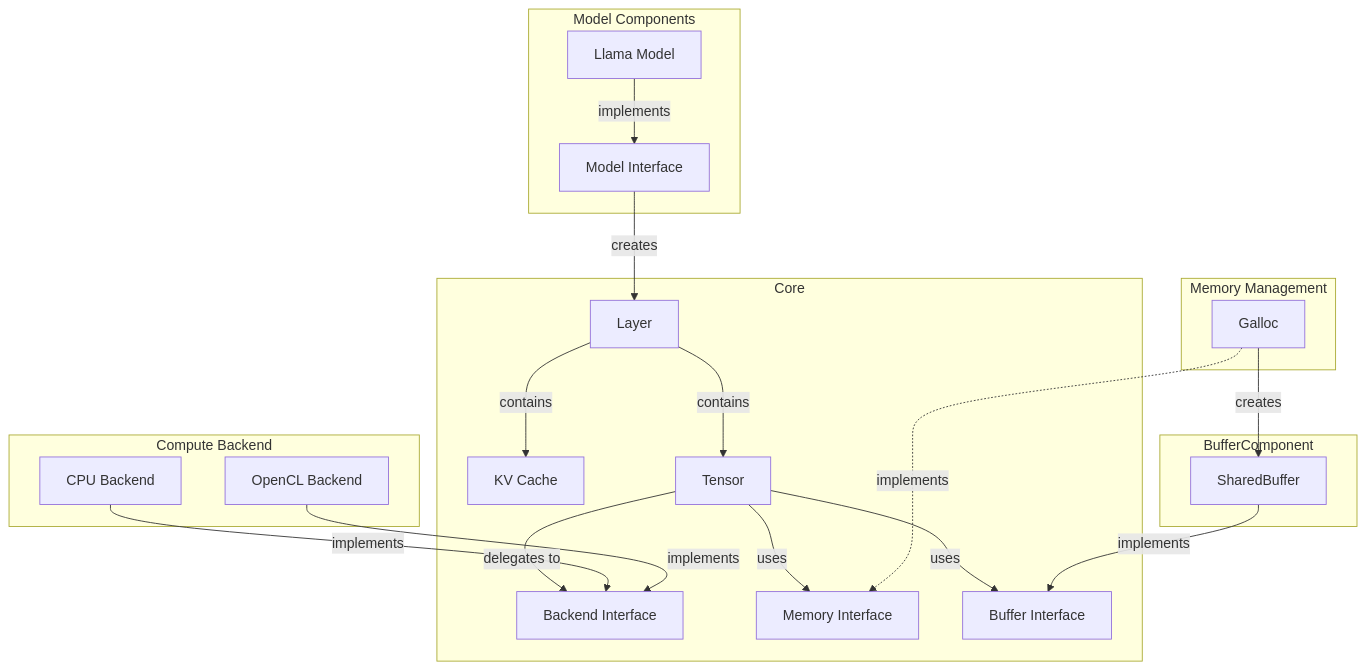
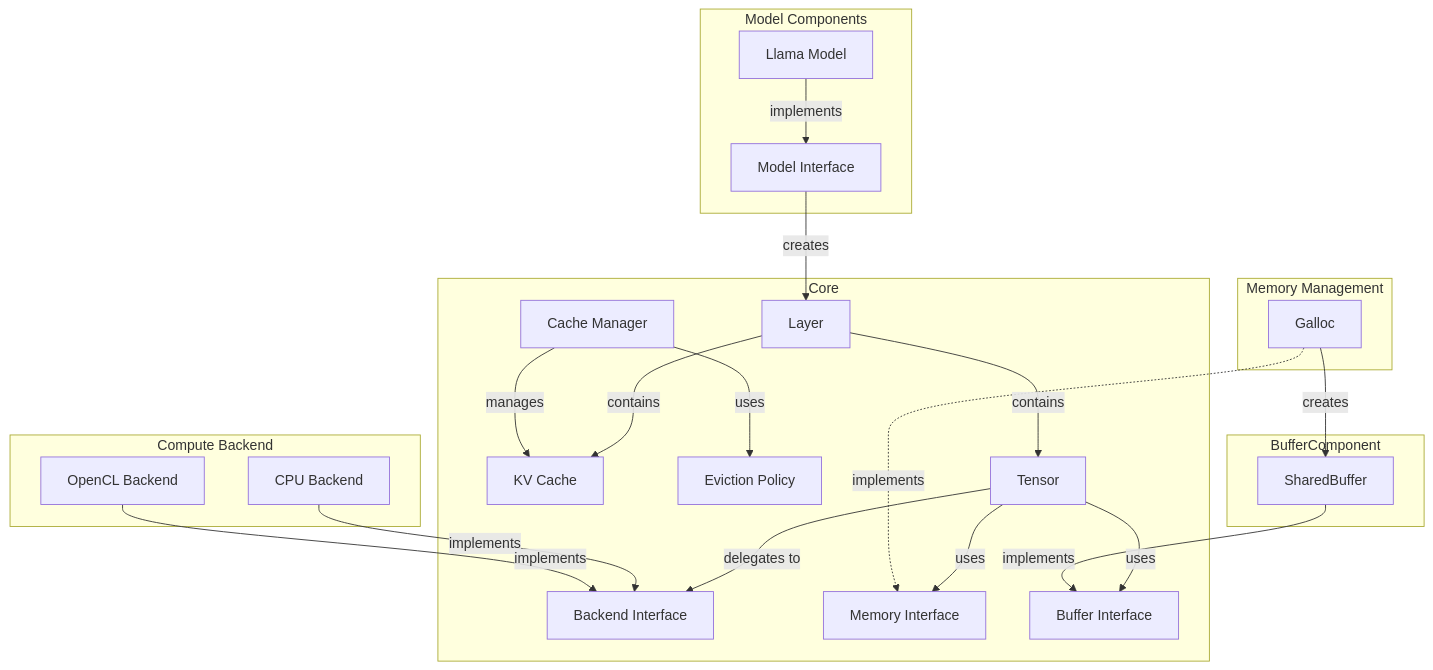
Before and after one commit to hedone21/llm_rs2: the first of 3 diagrams in ARCHITECTURE.md, drawn with Mermaid. The commit also changed 9 other files, not shown here.

````diff
--- a/ARCHITECTURE.md
+++ b/ARCHITECTURE.md
@@ -17,46 +17,51 @@
 ```mermaid
 graph TB
     subgraph MemoryManagementComponent ["Memory Management"]
         Galloc["Galloc"]
     end
 
     subgraph BufferComponent ["BufferComponent"]
         SharedBuffer["SharedBuffer"]
     end
 
     subgraph ComputeBackendComponent ["Compute Backend"]
         CPU_Backend["CPU Backend"]
         OpenCL_Backend["OpenCL Backend"]
     end
 
     subgraph CoreComponent ["Core"]
         Backend["Backend Interface"]
         Memory["Memory Interface"]
         Buffer["Buffer Interface"]
         KVCache["KV Cache"]
+        CacheManager["Cache Manager"]
+        EvictionPolicy["Eviction Policy"]
         Tensor["Tensor"]
         Layer["Layer"]
     end
 
     subgraph ModelComponent ["Model Components"]
         Model["Model Interface"]
         LLAMA_Model["Llama Model"]
     end
 
     Model -->|creates| Layer
     LLAMA_Model -->|implements| Model
 
     Tensor -->|uses| Memory
     Tensor -->|delegates to| Backend
     Tensor -->|uses| Buffer
     Layer -->|contains| Tensor
     Layer -->|contains| KVCache
     
     Galloc -.->|implements| Memory
     Galloc -->|creates| SharedBuffer
 
     CPU_Backend -->|implements| Backend
     OpenCL_Backend -->|implements| Backend
 
     SharedBuffer -->|implements| Buffer
+
+    CacheManager -->|uses| EvictionPolicy
+    CacheManager -->|manages| KVCache
 ```
````
